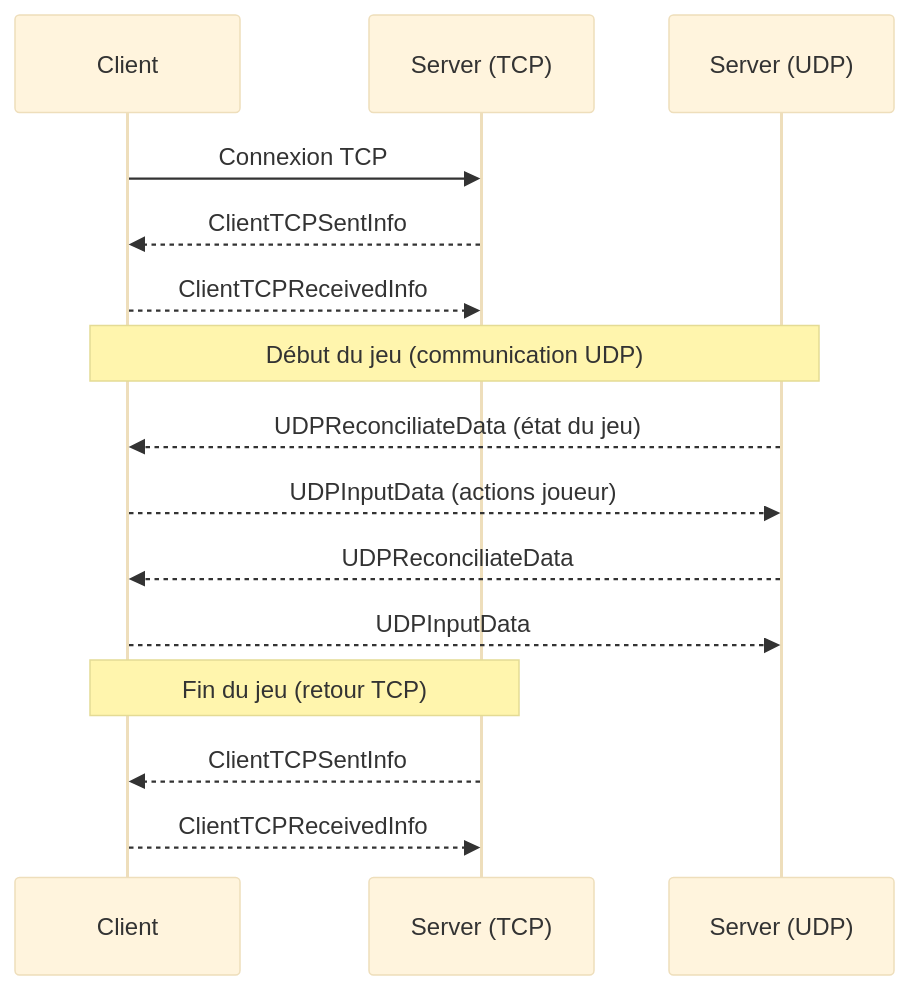
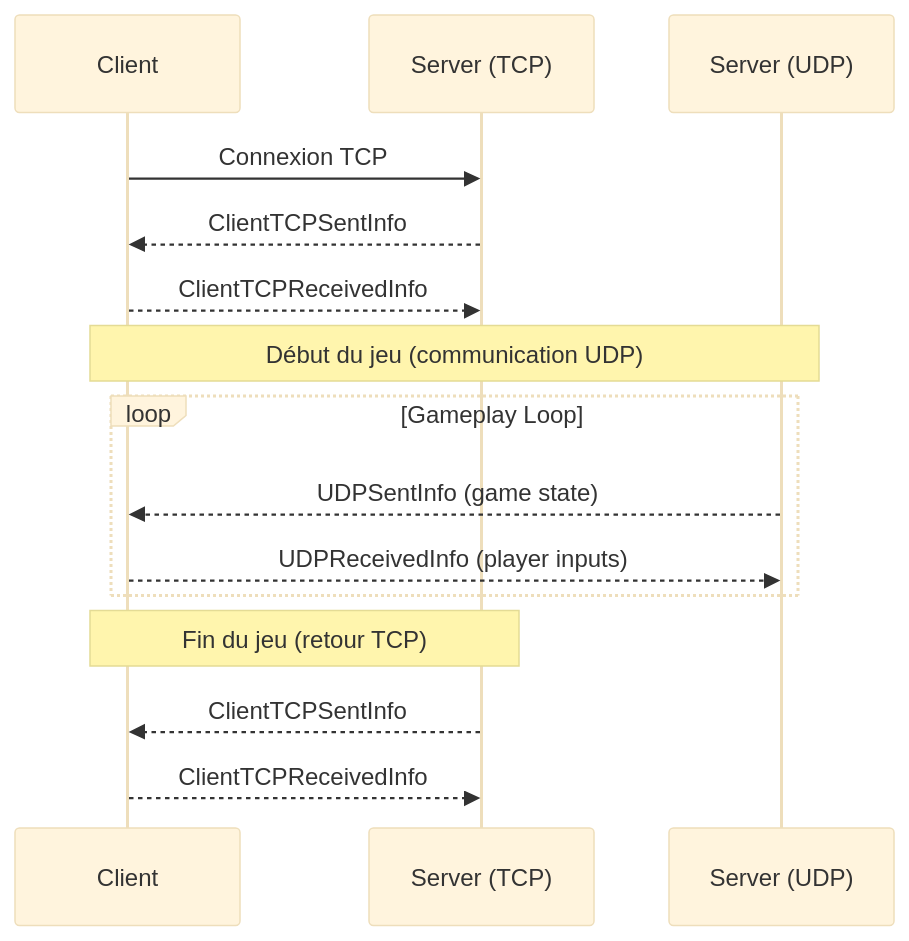
Before and after one commit to dawpitech/r-type: the diagram in rtype-network-protocol.md, drawn with Mermaid (base theme).

Commit message:
doc: loop for udp communication

````diff
--- a/rtype-network-protocol.md
+++ b/rtype-network-protocol.md
@@ -17,18 +17,20 @@
 ```mermaid
 sequenceDiagram
   participant Client as Client
   participant ServerTCP as Server (TCP)
   participant ServerUDP as Server (UDP)
 
   Client ->> ServerTCP: Connexion TCP
   ServerTCP -->> Client: ClientTCPSentInfo
   Client -->> ServerTCP: ClientTCPReceivedInfo
+
   Note over Client, ServerUDP: Début du jeu (communication UDP)
-  ServerUDP -->> Client: UDPReconciliateData (état du jeu)
-  Client -->> ServerUDP: UDPInputData (actions joueur)
-  ServerUDP -->> Client: UDPReconciliateData
-  Client -->> ServerUDP: UDPInputData
+  loop Gameplay Loop
+    ServerUDP -->> Client: UDPSentInfo (game state)
+    Client -->> ServerUDP: UDPReceivedInfo (player inputs)
+  end
+
   Note over Client, ServerTCP: Fin du jeu (retour TCP)
   ServerTCP -->> Client: ClientTCPSentInfo
   Client -->> ServerTCP: ClientTCPReceivedInfo
 ```
````
